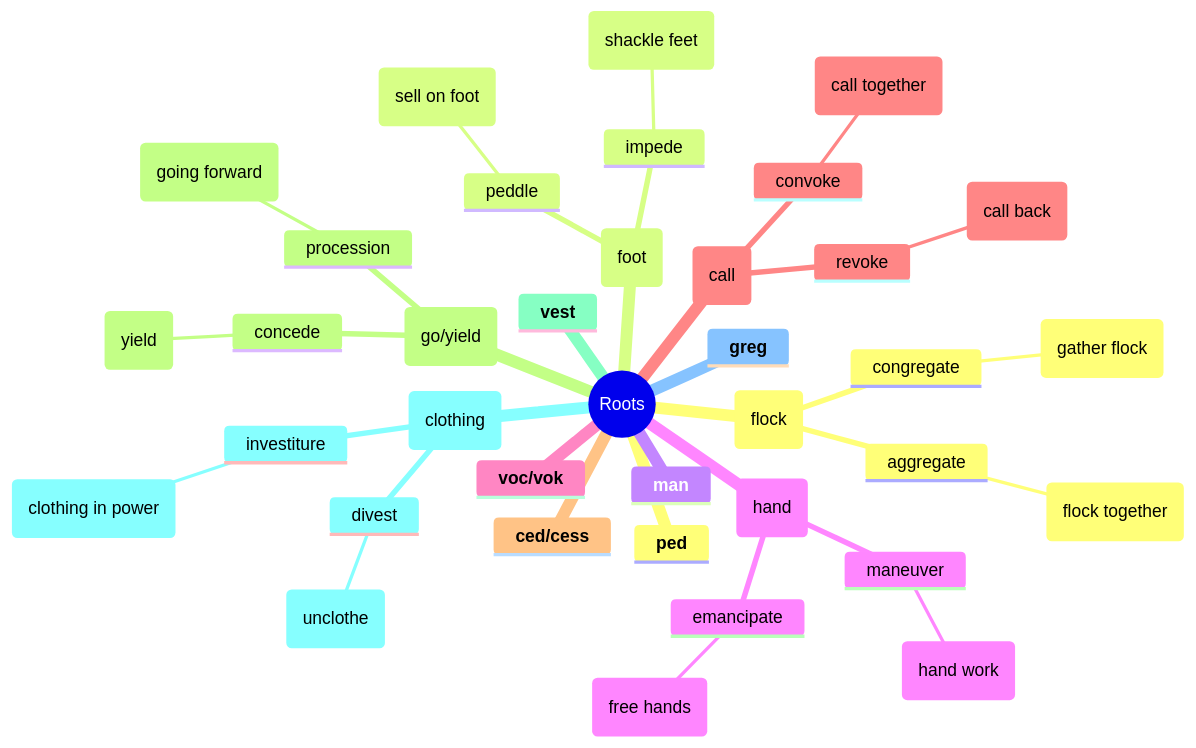
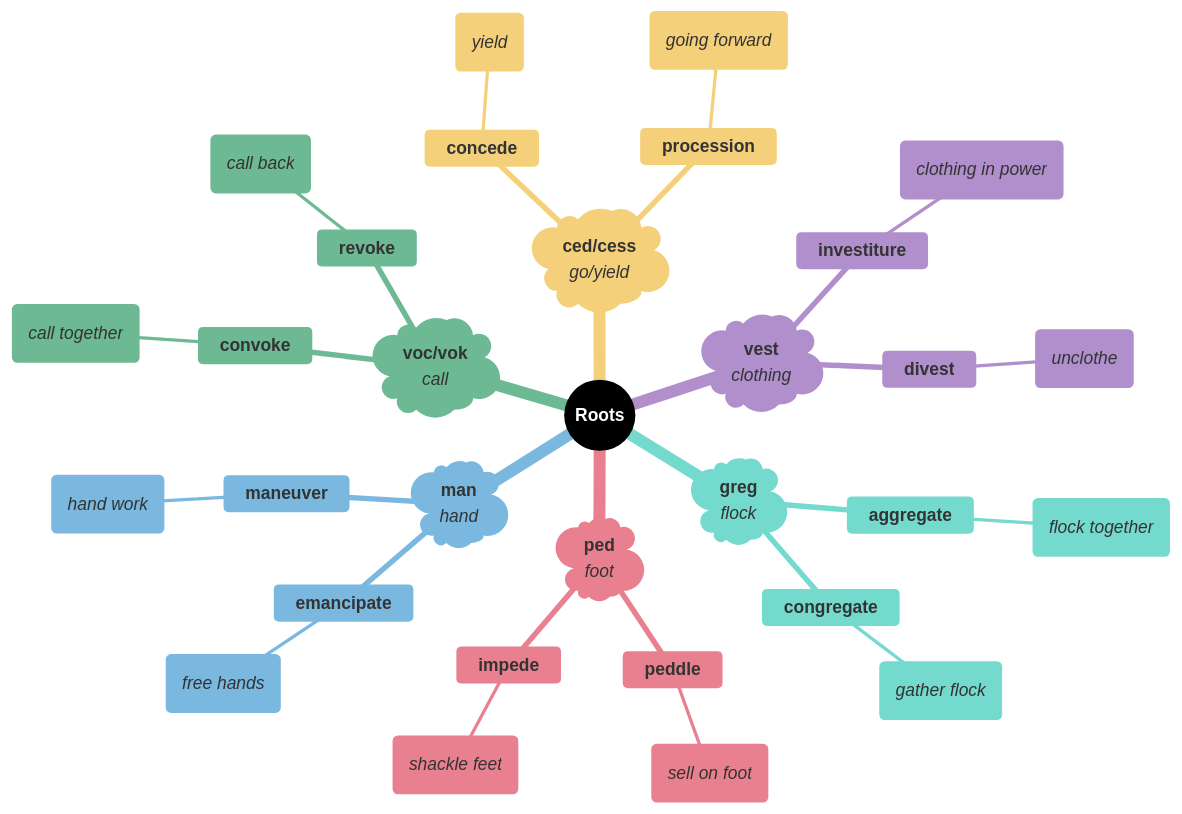
One commit to 95anantsingh/gre-preparation changed the eighth of 8 diagrams in mindmaps/17-actions-and-behaviors.md. Above: the diagram before and after it, drawn with Mermaid. The commit also changed other lines of this file and 14 other files, not shown here.

````diff
--- a/mindmaps/17-actions-and-behaviors.md
+++ b/mindmaps/17-actions-and-behaviors.md
@@ -377,40 +524,53 @@
 ```mermaid
+%%{
+  init: {
+    "theme": "base",
+    "themeVariables": {
+      "primaryColor": "#000000",
+      "cScale1": "#e8808f",  "cScaleInv1": "#a33445",
+      "cScale2": "#7bb8e0",  "cScaleInv2": "#266a93",
+      "cScale3": "#6db993",  "cScaleInv3": "#23543f",
+      "cScale4": "#f5d07a",  "cScaleInv4": "#c4903b",
+      "cScale5": "#b08fcc",  "cScaleInv5": "#5d3b75",
+      "cScale6": "#74dace",  "cScaleInv6": "#217d72",
+      "cScale7": "#f09570",  "cScaleInv7": "#b84112",
+      "cScale8": "#8ea8c2",  "cScaleInv8": "#32465e",
+      "cScale9": "#cc7fba",  "cScaleInv9": "#7d2868",
+      "cScale10": "#c99a78", "cScaleInv10": "#7c4e32",
+      "cScale11": "#a3a3a3", "cScaleInv11": "#3d3d3d"
+    }
+  }
+}%%
 mindmap
-  root((Roots))
-    **ped**
-    (foot)
-      peddle
-        (sell on foot)
-      impede
-        (shackle feet)
-    **man**
-    (hand)
-      emancipate
-        (free hands)
-      maneuver
-        (hand work)
-    **voc/vok**
-    (call)
-      convoke
-        (call together)
-      revoke
-        (call back)
-    **ced/cess**
-    (go/yield)
-      concede
-        (yield)
-      procession
-        (going forward)
-    **vest**
-    (clothing)
-      investiture
-        (clothing in power)
-      divest
-        (unclothe)
-    **greg**
-    (flock)
-      aggregate
-        (flock together)
-      congregate
-        (gather flock)
+  root((<font color=white>**Roots**</font>))
+    )**ped**</br>_foot_(
+      **peddle**
+        (_sell on foot_)
+      **impede**
+        (_shackle feet_)
+    )**man**</br>_hand_(
+      **emancipate**
+        (_free hands_)
+      **maneuver**
+        (_hand work_)
+    )**voc/vok**</br>_call_(
+      **convoke**
+        (_call together_)
+      **revoke**
+        (_call back_)
+    )**ced/cess**</br>_go/yield_(
+      **concede**
+        (_yield_)
+      **procession**
+        (_going forward_)
+    )**vest**</br>_clothing_(
+      **investiture**
+        (_clothing in power_)
+      **divest**
+        (_unclothe_)
+    )**greg**</br>_flock_(
+      **aggregate**
+        (_flock together_)
+      **congregate**
+        (_gather flock_)
 ```
````
